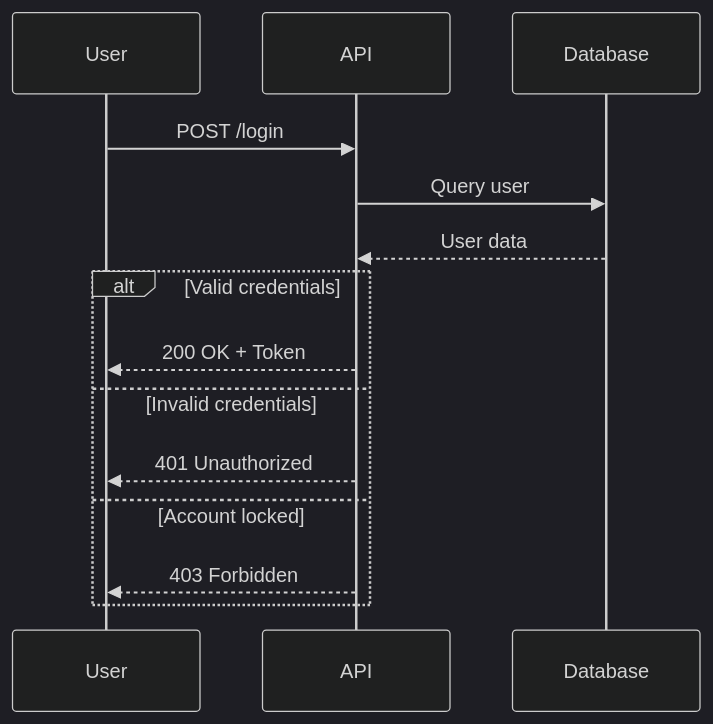
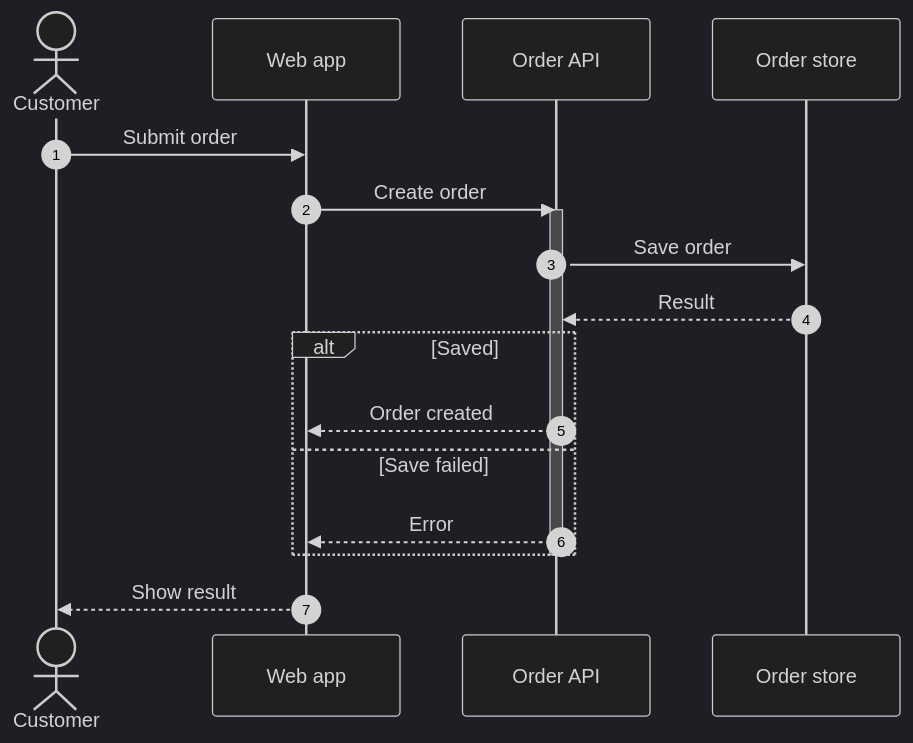
The first of 2 diagrams in skills/mermaid-diagrams/references/sequence-diagrams.md (YongKyeom/agentic_engineering_settings), drawn with Mermaid (dark theme) before and after one commit. The commit also changed other lines of this file and 15 other files, not shown here.

````diff
--- a/skills/mermaid-diagrams/references/sequence-diagrams.md
+++ b/skills/mermaid-diagrams/references/sequence-diagrams.md
@@ -76,14 +5,20 @@
 ```mermaid
 sequenceDiagram
-    User->>API: POST /login
-    API->>Database: Query user
-    Database-->>API: User data
-    
-    alt Valid credentials
-        API-->>User: 200 OK + Token
-    else Invalid credentials
-        API-->>User: 401 Unauthorized
-    else Account locked
-        API-->>User: 403 Forbidden
+    autonumber
+    actor Customer
+    participant Web as Web app
+    participant API as Order API
+    participant Store as Order store
+    Customer->>Web: Submit order
+    Web->>API: Create order
+    activate API
+    API->>Store: Save order
+    Store-->>API: Result
+    alt Saved
+        API-->>Web: Order created
+    else Save failed
+        API-->>Web: Error
     end
+    deactivate API
+    Web-->>Customer: Show result
 ```
````
